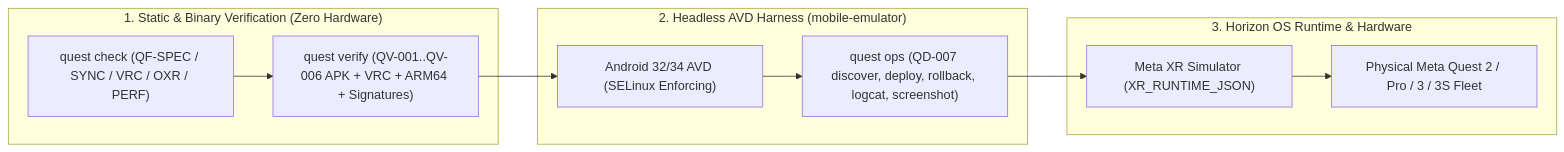
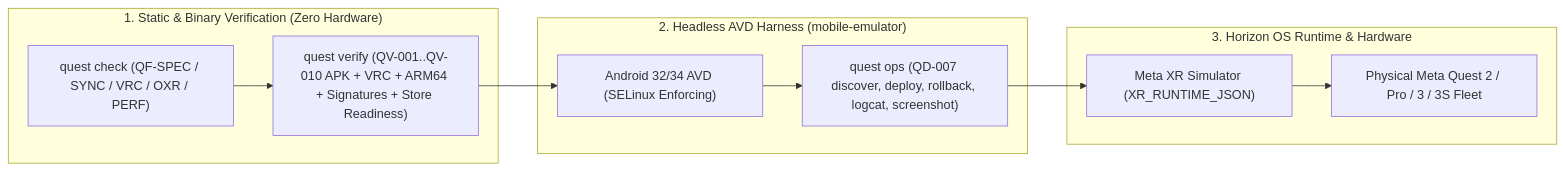
One commit to sweengineeringlabs/questforge changed the diagram in docs/3-design/mobile_emulator_integration.md. Above: the diagram before and after it, drawn with Mermaid. The commit also changed 15 other files, not shown here.

````diff
--- a/docs/3-design/mobile_emulator_integration.md
+++ b/docs/3-design/mobile_emulator_integration.md
@@ -31,19 +31,19 @@
 ```mermaid
 flowchart LR
     subgraph Layer1["1. Static & Binary Verification (Zero Hardware)"]
         Check["quest check (QF-SPEC / SYNC / VRC / OXR / PERF)"]
-        Verify["quest verify (QV-001..QV-006 APK + VRC + ARM64 + Signatures)"]
+        Verify["quest verify (QV-001..QV-010 APK + VRC + ARM64 + Signatures + Store Readiness)"]
     end
 
     subgraph Layer2["2. Headless AVD Harness (mobile-emulator)"]
         AVD["Android 32/34 AVD (SELinux Enforcing)"]
         AdbOps["quest ops (QD-007 discover, deploy, rollback, logcat, screenshot)"]
     end
 
     subgraph Layer3["3. Horizon OS Runtime & Hardware"]
         Sim["Meta XR Simulator (XR_RUNTIME_JSON)"]
         Headset["Physical Meta Quest 2 / Pro / 3 / 3S Fleet"]
     end
 
     Check --> Verify --> AVD --> AdbOps --> Sim --> Headset
 ```
````
